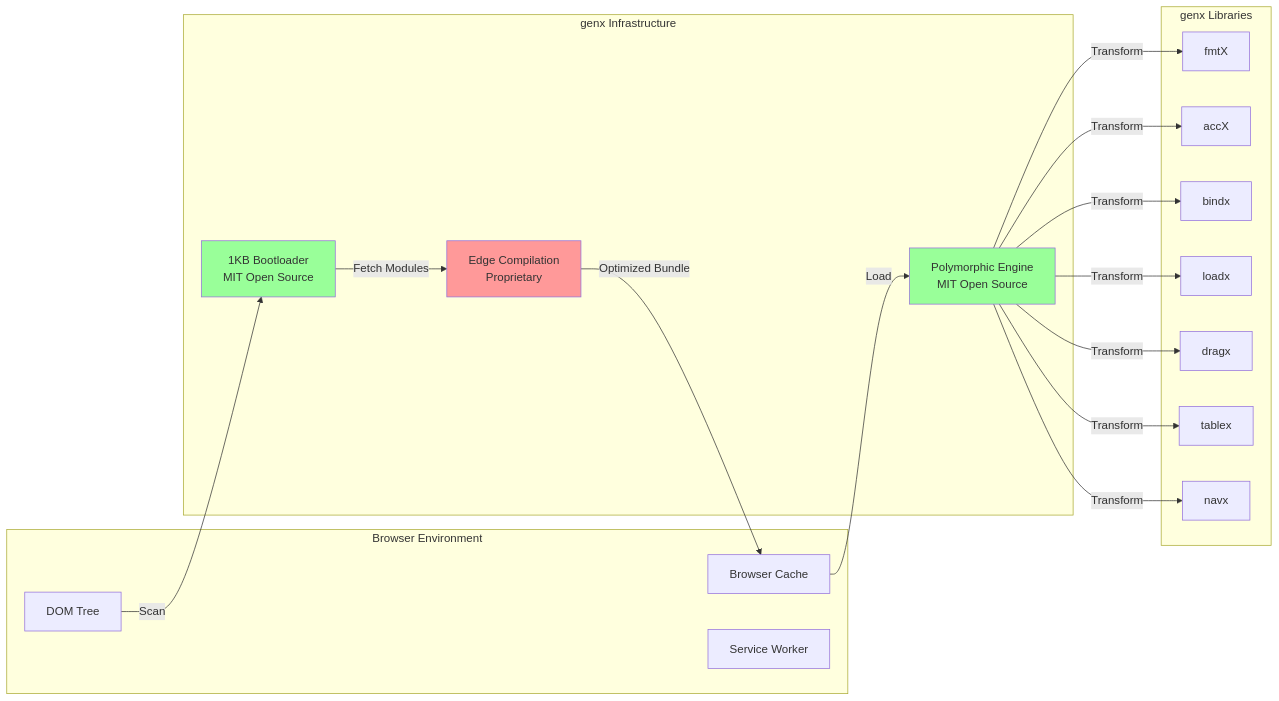
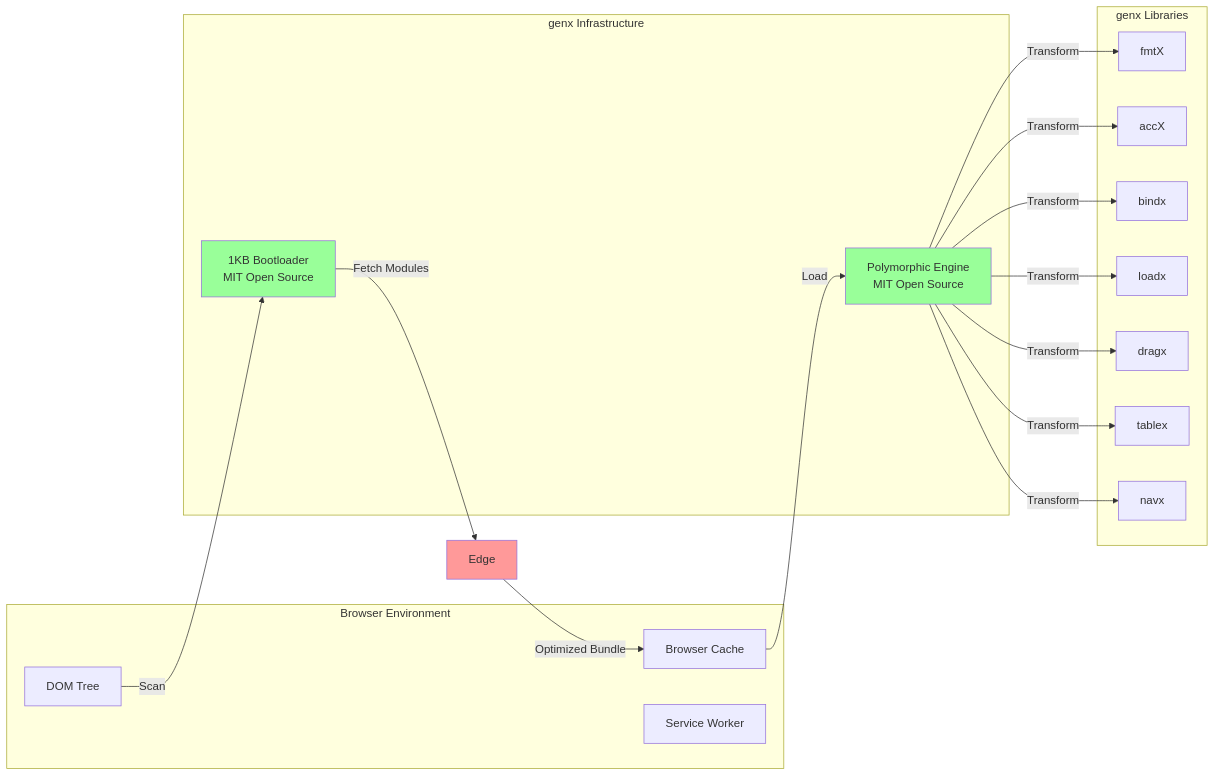
Before and after one commit to adamzwasserman/genX: the second of 10 diagrams in docs/architecture/genx-common-infrastructure-architecture-v1.0.md, drawn with Mermaid. The commit also changed other lines of this file and 26 other files, not shown here.

````diff
--- a/docs/architecture/genx-common-infrastructure-architecture-v1.0.md
+++ b/docs/architecture/genx-common-infrastructure-architecture-v1.0.md
@@ -105,40 +102,39 @@
 ```mermaid
 graph LR
     subgraph "Browser Environment"
         DOM[DOM Tree]
         Cache[Browser Cache]
         SW[Service Worker]
     end
     
     subgraph "genx Infrastructure"
         Boot[1KB Bootloader<br/>MIT Open Source]
         Engine[Polymorphic Engine<br/>MIT Open Source]
-        Edge[Edge Compilation<br/>Proprietary]
     end
     
     subgraph "genx Libraries"
         FMT[fmtX]
         ACC[accX]
         BIND[bindx]
         LOAD[loadx]
         DRAG[dragx]
         TABLE[tablex]
         NAV[navx]
     end
     
     DOM -->|Scan| Boot
     Boot -->|Fetch Modules| Edge
     Edge -->|Optimized Bundle| Cache
     Cache -->|Load| Engine
     Engine -->|Transform| FMT
     Engine -->|Transform| ACC
     Engine -->|Transform| BIND
     Engine -->|Transform| LOAD
     Engine -->|Transform| DRAG
     Engine -->|Transform| TABLE
     Engine -->|Transform| NAV
     
     style Boot fill:#9f9
     style Engine fill:#9f9
     style Edge fill:#f99
 ```
````
